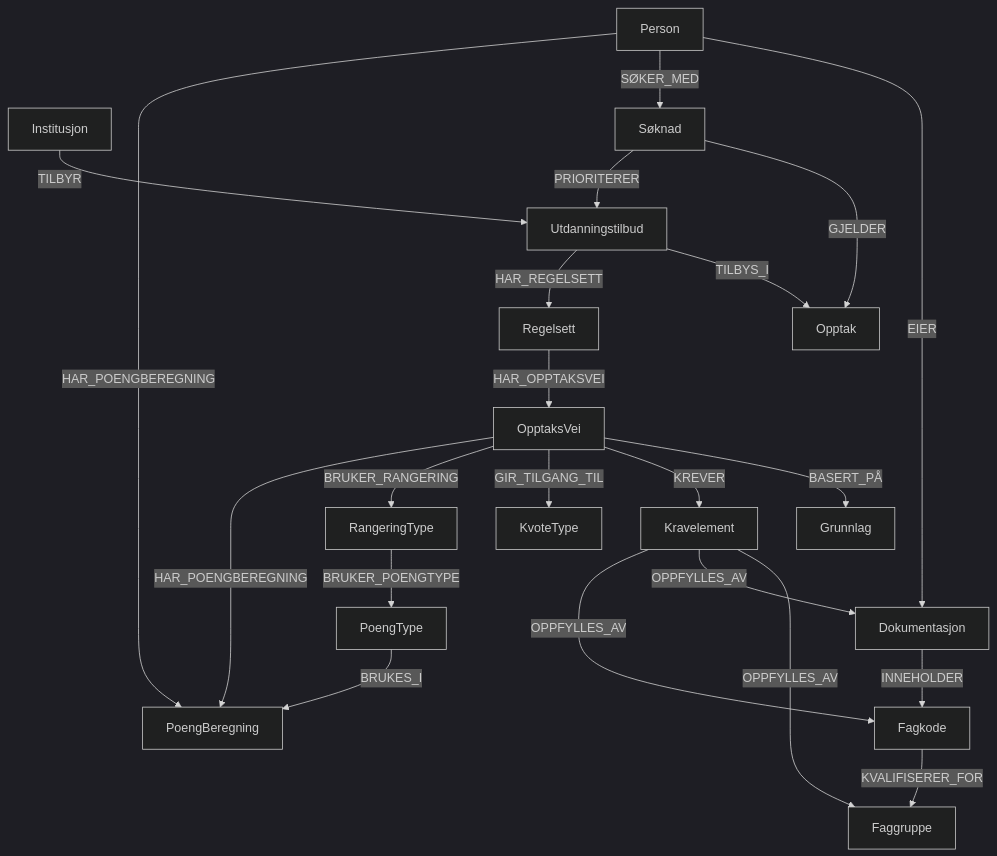
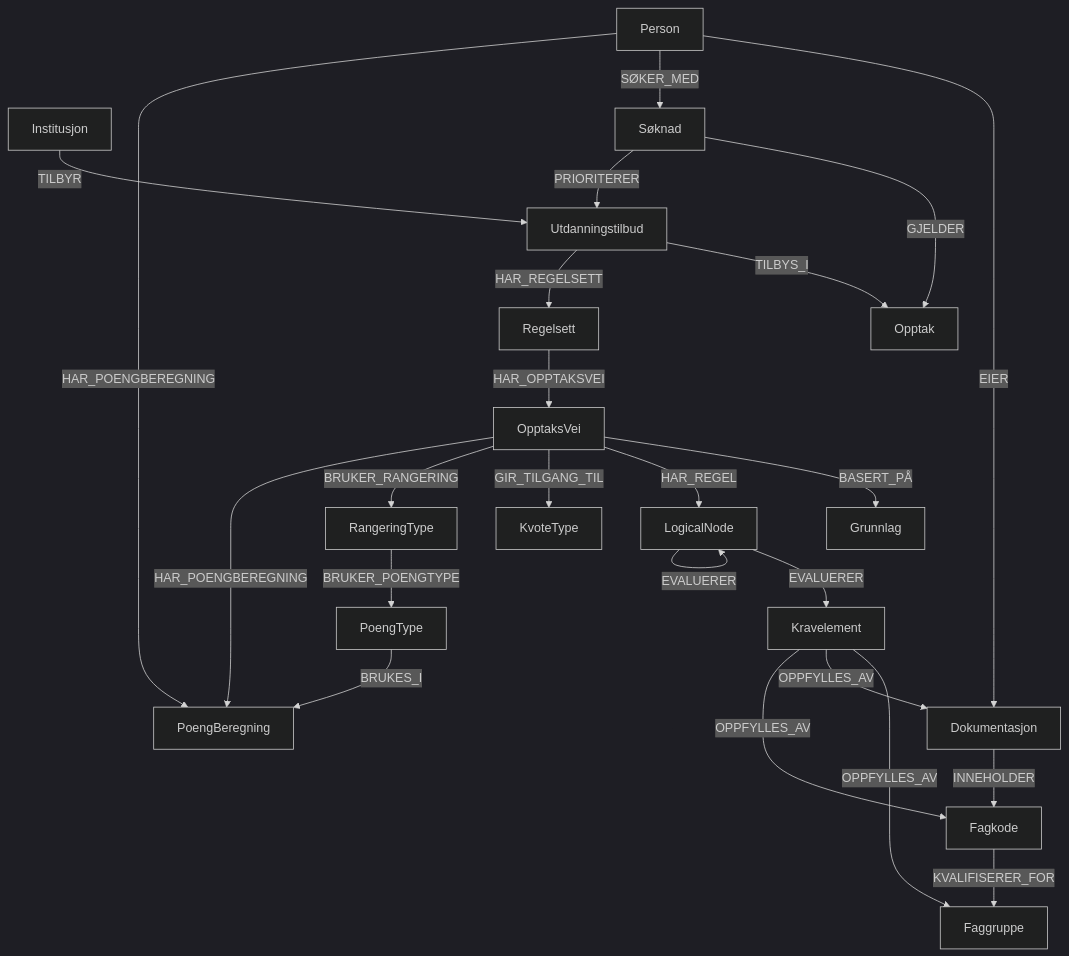
One commit to SmidigStorm/grafopptak changed the diagram in domenekunnskap/datamodell.md. Above: the diagram before and after it, drawn with Mermaid (dark theme). The commit also changed other lines of this file and 9 other files, not shown here.

First line of the commit message:
Implementer LogicalNode pattern for komplekse boolean opptakskrav

````diff
--- a/domenekunnskap/datamodell.md
+++ b/domenekunnskap/datamodell.md
@@ -5,32 +5,34 @@
 ```mermaid
 graph TD
     Institusjon -->|TILBYR| Utdanningstilbud
     Person -->|EIER| Dokumentasjon
     Person -->|SØKER_MED| Søknad
     Utdanningstilbud -->|TILBYS_I| Opptak
     Utdanningstilbud -->|HAR_REGELSETT| Regelsett
     Søknad -->|GJELDER| Opptak
     Søknad -->|PRIORITERER| Utdanningstilbud
 
     %% Dokumentasjonsinnhold
     Dokumentasjon -->|INNEHOLDER| Fagkode
     Fagkode -->|KVALIFISERER_FOR| Faggruppe
 
     %% Beslutningstre struktur (ny tilnærming)
     Regelsett -->|HAR_OPPTAKSVEI| OpptaksVei
     OpptaksVei -->|BASERT_PÅ| Grunnlag
-    OpptaksVei -->|KREVER| Kravelement
+    OpptaksVei -->|HAR_REGEL| LogicalNode
+    LogicalNode -->|EVALUERER| Kravelement
+    LogicalNode -->|EVALUERER| LogicalNode
     OpptaksVei -->|GIR_TILGANG_TIL| KvoteType
     OpptaksVei -->|BRUKER_RANGERING| RangeringType
 
     %% Poeng og rangering
     Person -->|HAR_POENGBEREGNING| PoengBeregning
     OpptaksVei -->|HAR_POENGBEREGNING| PoengBeregning
     PoengType -->|BRUKES_I| PoengBeregning
     RangeringType -->|BRUKER_POENGTYPE| PoengType
 
     %% Kobling mellom krav og oppfyllelse (tre forskjellige måter)
     Kravelement -->|OPPFYLLES_AV| Faggruppe
     Kravelement -->|OPPFYLLES_AV| Dokumentasjon
     Kravelement -->|OPPFYLLES_AV| Fagkode
 ```
````
